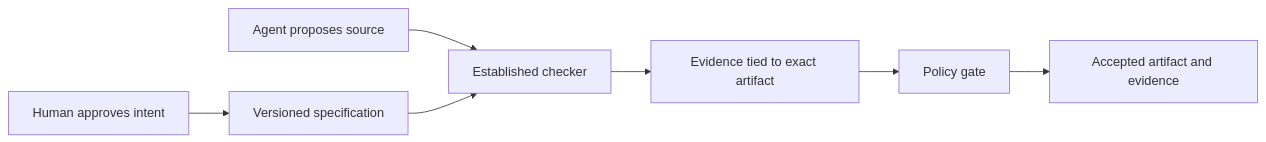
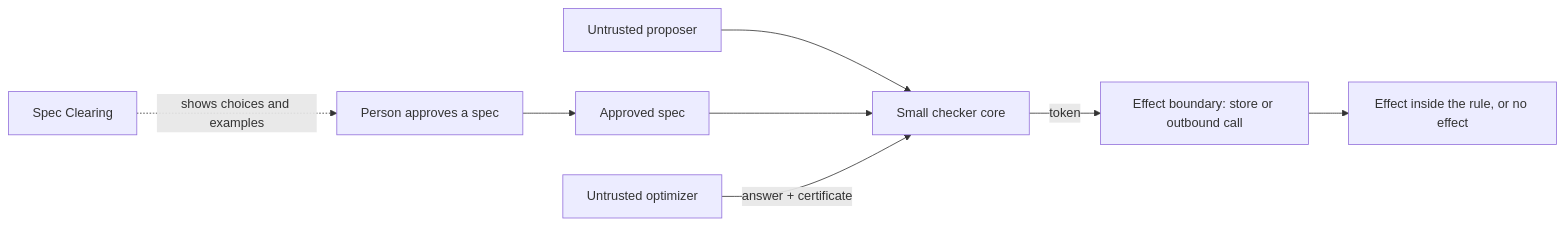
Before and after one commit to mack-dot/forge: the diagram in README.md, drawn with Mermaid. The commit also changed other lines of this file and 3 other files, not shown here.

Commit message:
Wave Gate 2: README.md written again as the front door (three parts, scope, evidence and trusted-base table); master idea items F2.7 and F3.3, both NOT STARTED; records of pull request 49 (documents only; no protected file; NOT merged)

````diff
--- a/README.md
+++ b/README.md
@@ -31,9 +18,10 @@
 ```mermaid
 flowchart LR
-    H[Human approves intent] --> S[Versioned specification]
-    A[Agent proposes source] --> C[Established checker]
-    S --> C
-    C --> E[Evidence tied to exact artifact]
-    E --> P[Policy gate]
-    P --> R[Accepted artifact and evidence]
+    H[Person approves a spec] --> S[Approved spec]
+    C1[Spec Clearing] -. shows choices and examples .-> H
+    U[Untrusted proposer] --> K[Small checker core]
+    S --> K
+    K -->|token| B[Effect boundary: store or outbound call]
+    O[Untrusted optimizer] -->|answer + certificate| K
+    B --> E[Effect inside the rule, or no effect]
 ```
````
